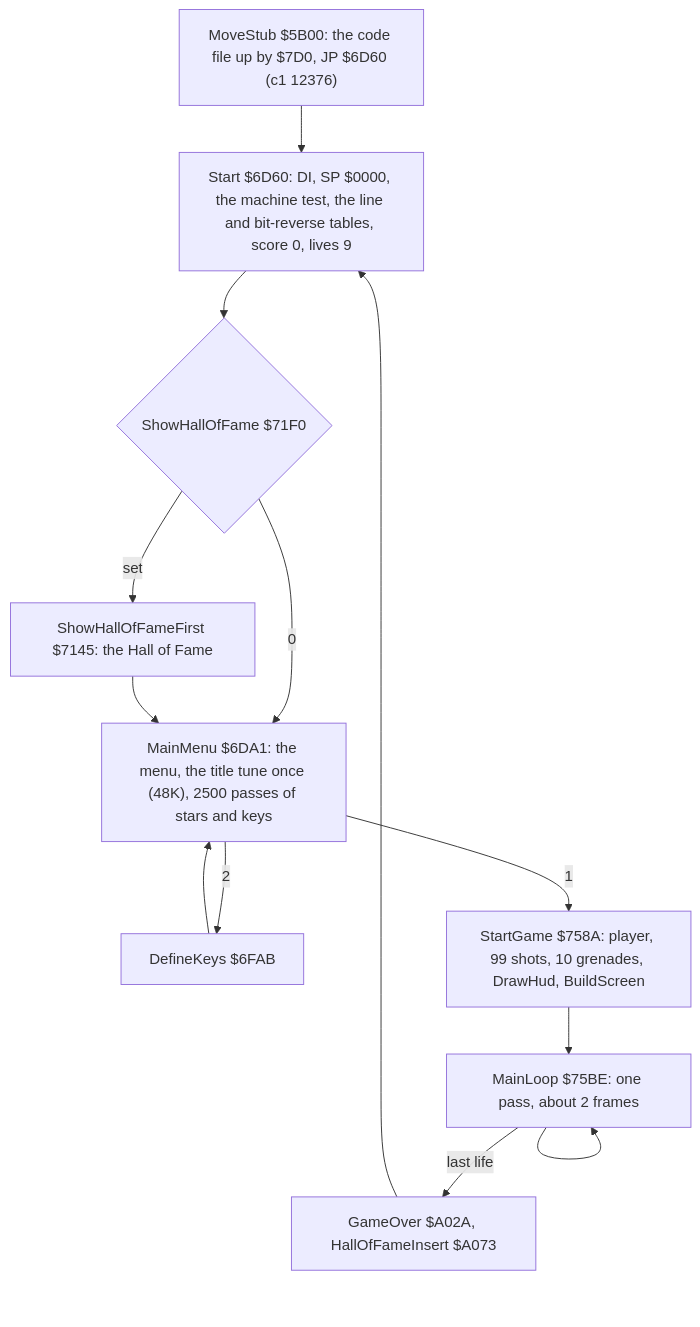
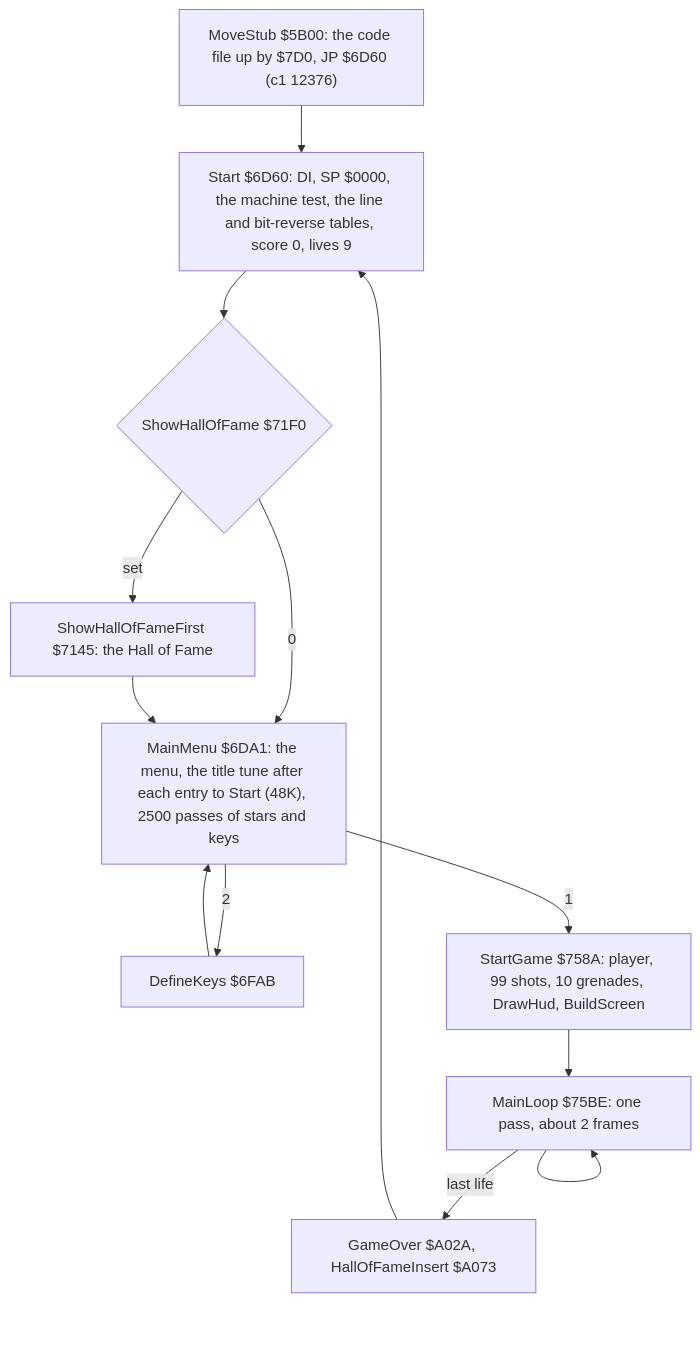
Before and after one commit to alfishe/unrealng-reverse-cases: the first of 2 diagrams in games/exolon/docs/02-architecture.md, drawn with Mermaid. The commit also changed other lines of this file and 28 other files, not shown here.

Commit message:
Exolon: review round 1 (47 findings, 46 accepted, 1 partly) applied; doc 03 completed: Decrypt, LoadFile, the countdown and the picy unpacker each with pseudocode, asm, a mermaid flowchart and a worked example from c1, the stages as mermaid with c1 frames

````diff
--- a/games/exolon/docs/02-architecture.md
+++ b/games/exolon/docs/02-architecture.md
@@ -103,15 +104,15 @@
 ```mermaid
 flowchart TD
   A["MoveStub $5B00: the code file up by $7D0, JP $6D60 (c1 12376)"] --> B["Start $6D60: DI, SP $0000, the machine test, the line and bit-reverse tables, score 0, lives 9"]
   B --> C{"ShowHallOfFame $71F0"}
-  C -- "0" --> D["MainMenu $6DA1: the menu, the title tune once (48K), 2500 passes of stars and keys"]
+  C -- "0" --> D["MainMenu $6DA1: the menu, the title tune after each entry to Start (48K), 2500 passes of stars and keys"]
   C -- "set" --> H["ShowHallOfFameFirst $7145: the Hall of Fame"]
   H --> D
   D -- "2" --> E["DefineKeys $6FAB"]
   E --> D
   D -- "1" --> F["StartGame $758A: player, 99 shots, 10 grenades, DrawHud, BuildScreen"]
   F --> G["MainLoop $75BE: one pass, about 2 frames"]
   G --> G
   G -- "last life" --> I["GameOver $A02A, HallOfFameInsert $A073"]
   I --> B
 ```
````
